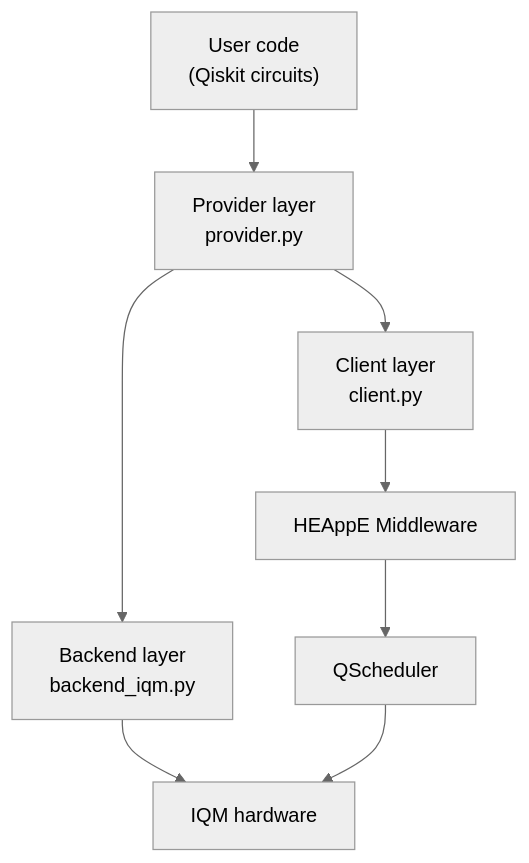
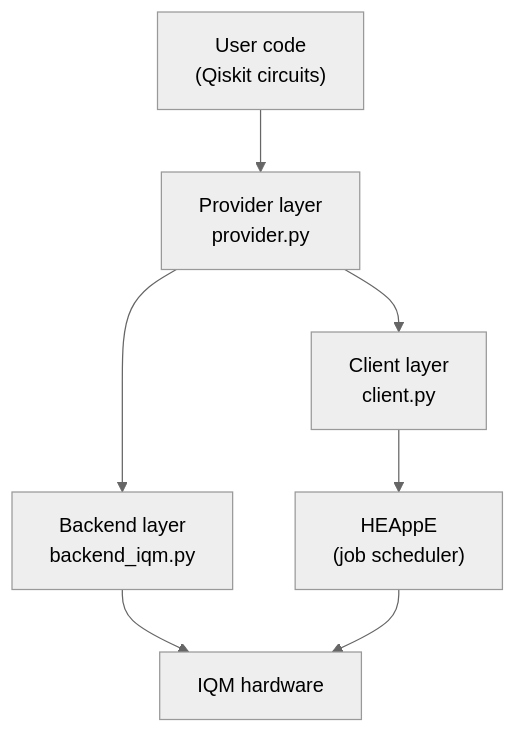
One commit to It4innovations/quantum-as-a-service changed the diagram in docs/architecture.md. Above: the diagram before and after it, drawn with Mermaid (neutral theme). The commit also changed other lines of this file, not shown here.

Commit message:
docs: Reverted changes in architecture.md, leaving QScheduler desing for the next release

````diff
--- a/docs/architecture.md
+++ b/docs/architecture.md
@@ -11,18 +11,16 @@
 ```mermaid
 graph TD
     User["User code\n(Qiskit circuits)"]
     P["Provider layer\nprovider.py"]
     C["Client layer\nclient.py"]
     B["Backend layer\nbackend_iqm.py"]
-    HEAppE["HEAppE Middleware"]
-    QScheduler["QScheduler"]
+    HEAppE["HEAppE\n(job scheduler)"]
     IQM["IQM hardware"]
 
     User --> P
     P --> C
     P --> B
     C --> HEAppE
-    HEAppE --> QScheduler
     B --> IQM
-    QScheduler --> IQM
+    HEAppE --> IQM
 ```
````
